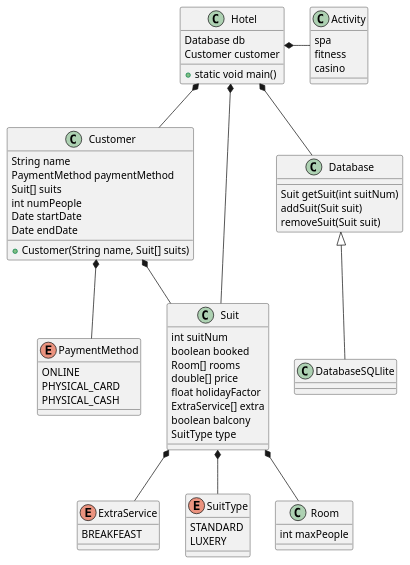
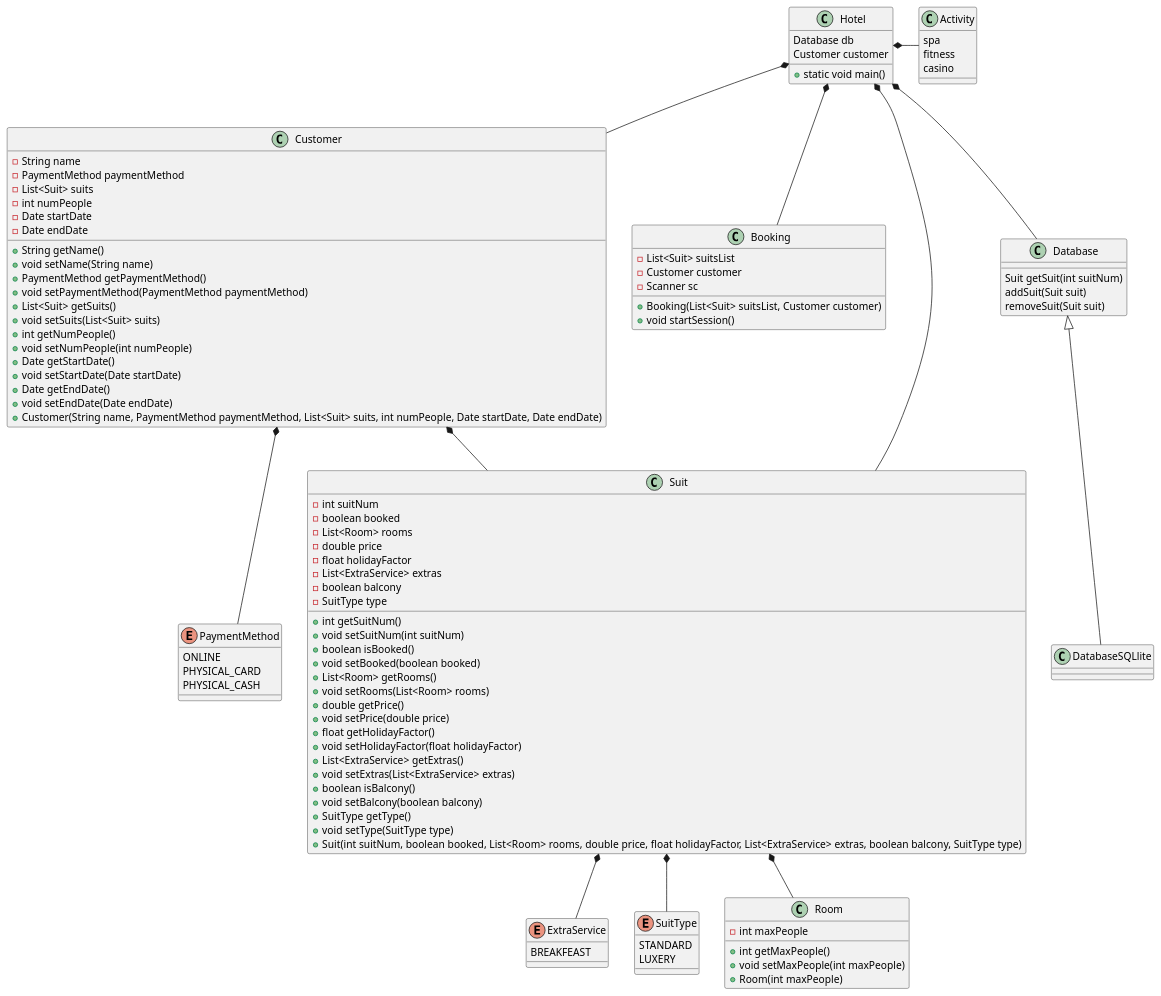
The diagram in diagram/class.puml (AsgerLA/SP4), drawn with PlantUML before and after one commit. The commit also changed 23 other files, not shown here.

```diff
--- a/diagram/class.puml
+++ b/diagram/class.puml
@@ -1,71 +1,110 @@
 @startuml
 
 class Hotel {
     Database db
     Customer customer
     + static void main()
 }
 enum PaymentMethod {
     ONLINE
     PHYSICAL_CARD
     PHYSICAL_CASH
 }
 class Customer {
-    + Customer(String name, Suit[] suits)
-    String name
-    PaymentMethod paymentMethod
-    Suit[] suits
-    int numPeople
-    Date startDate
-    Date endDate
+    - String name
+    - PaymentMethod paymentMethod
+    - List<Suit> suits
+    - int numPeople
+    - Date startDate
+    - Date endDate
+    + String getName()
+        + void setName(String name)
+        + PaymentMethod getPaymentMethod()
+        + void setPaymentMethod(PaymentMethod paymentMethod)
+        + List<Suit> getSuits()
+        + void setSuits(List<Suit> suits)
+        + int getNumPeople()
+        + void setNumPeople(int numPeople)
+        + Date getStartDate()
+        + void setStartDate(Date startDate)
+        + Date getEndDate()
+        + void setEndDate(Date endDate)
+        + Customer(String name, PaymentMethod paymentMethod, List<Suit> suits, int numPeople, Date startDate, Date endDate)
 }
 
 class Activity {
     spa
     fitness
     casino
 }
+class Booking {
+     - List<Suit> suitsList
+     - Customer customer
+     - Scanner sc
+     + Booking(List<Suit> suitsList, Customer customer)
+     + void startSession()
+ }
+
 
 enum ExtraService {
     BREAKFEAST
 }
 class Suit {
-    int suitNum
-    boolean booked
-    Room[] rooms
-    double[] price
-    float holidayFactor
-    ExtraService[] extra
-    boolean balcony
-    SuitType type
+    - int suitNum
+    - boolean booked
+    - List<Room> rooms
+    - double price
+    - float holidayFactor
+    - List<ExtraService> extras
+    - boolean balcony
+    - SuitType type
+    + int getSuitNum()
+        + void setSuitNum(int suitNum)
+        + boolean isBooked()
+        + void setBooked(boolean booked)
+        + List<Room> getRooms()
+        + void setRooms(List<Room> rooms)
+        + double getPrice()
+        + void setPrice(double price)
+        + float getHolidayFactor()
+        + void setHolidayFactor(float holidayFactor)
+        + List<ExtraService> getExtras()
+        + void setExtras(List<ExtraService> extras)
+        + boolean isBalcony()
+        + void setBalcony(boolean balcony)
+        + SuitType getType()
+        + void setType(SuitType type)
+        + Suit(int suitNum, boolean booked, List<Room> rooms, double price, float holidayFactor, List<ExtraService> extras, boolean balcony, SuitType type)
 }
 enum SuitType {
     STANDARD
     LUXERY
 }
 class Room {
-    int maxPeople
-
+    - int maxPeople
+    + int getMaxPeople()
+    + void setMaxPeople(int maxPeople)
+    + Room(int maxPeople)
 }
 
 class Database {
     Suit getSuit(int suitNum)
     addSuit(Suit suit)
     removeSuit(Suit suit)
 }
 
 class DatabaseSQLlite extends Database {
 
 }
 
 Hotel *- Activity
 Hotel *-- Database
 Customer *-- PaymentMethod
 Customer *-- Suit
 Suit *-- Room
 Suit *-- ExtraService
 Suit *-- SuitType
 Hotel *-- Suit
 Hotel *-- Customer
-
+Hotel *-- Booking
 @enduml
```
